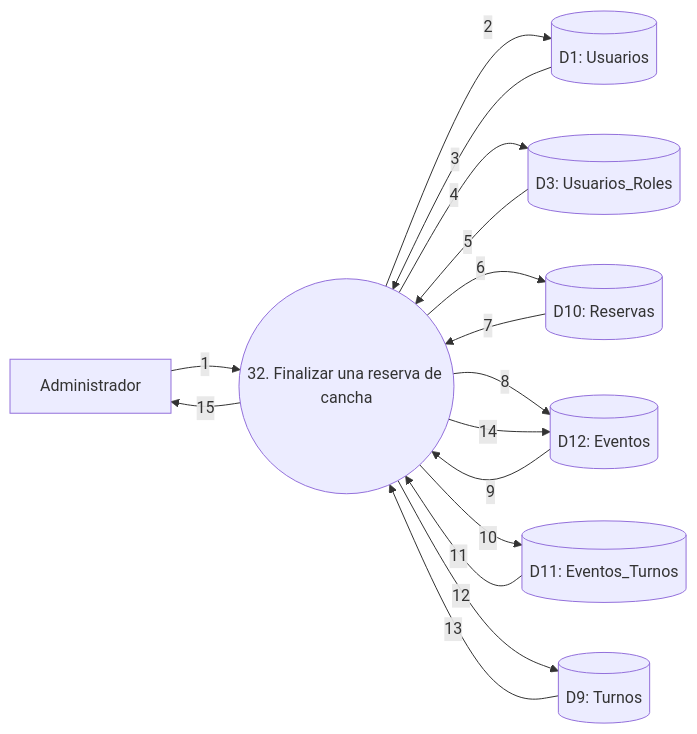
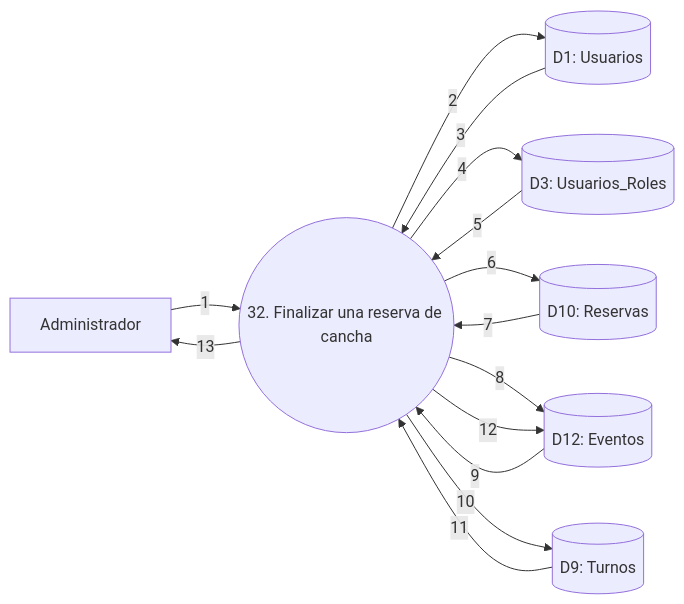
Before and after one commit to fasempertegui/Matchpoint-Taller: diagram 32 of 33 in docs/DFD.md, drawn with Mermaid. The commit also changed other lines of this file and 4 other files, not shown here.

````diff
--- a/docs/DFD.md
+++ b/docs/DFD.md
@@ -1127,27 +1084,24 @@
 ```mermaid
 flowchart LR
     A[Administrador]
     P((32. Finalizar una reserva de cancha))
     D1[(D1: Usuarios)]
     D3[(D3: Usuarios_Roles)]
     D9[(D9: Turnos)]
     D10[(D10: Reservas)]
-    D11[(D11: Eventos_Turnos)]
     D12[(D12: Eventos)]
 
     A -->|1| P
     P -->|2| D1
     D1 -->|3| P
     P -->|4| D3
     D3 -->|5| P
     P -->|6| D10
     D10 -->|7| P
     P -->|8| D12
     D12 -->|9| P
-    P -->|10| D11
-    D11 -->|11| P
-    P -->|12| D9
-    D9 -->|13| P
-    P -->|14| D12
-    P -->|15| A
+    P -->|10| D9
+    D9 -->|11| P
+    P -->|12| D12
+    P -->|13| A
 ```
````
